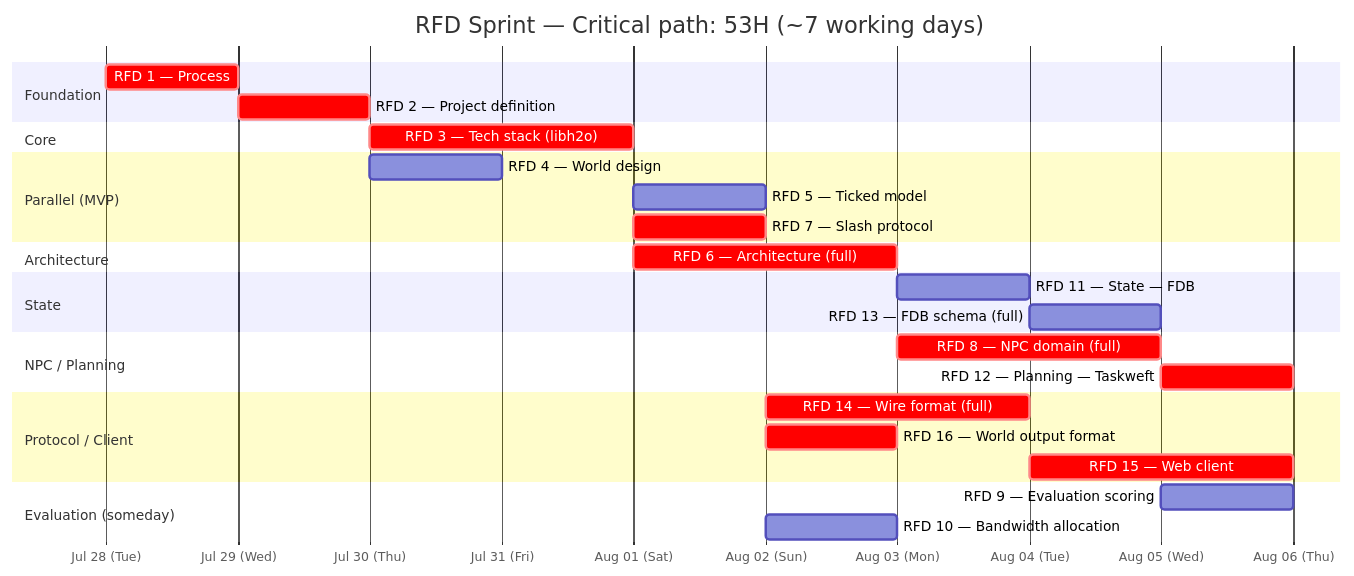
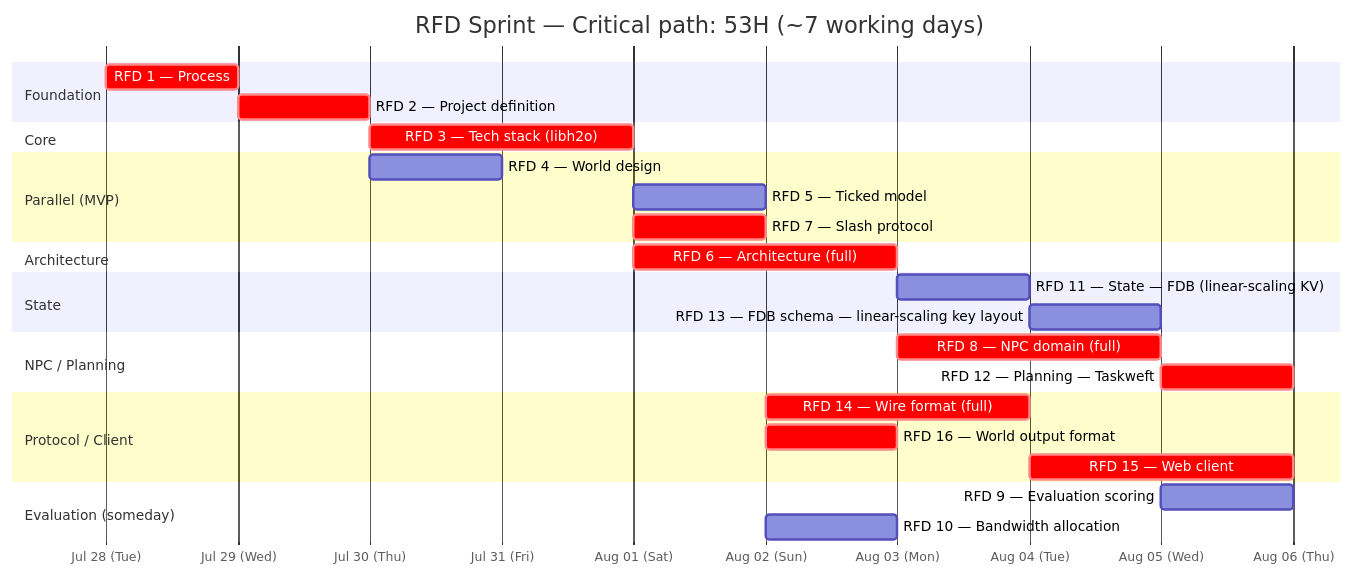
The second of 2 diagrams in PERT_PLAN.md (taskweft/crucible-rfd), drawn with Mermaid before and after one commit. The commit also changed other lines of this file, not shown here.

Commit message:
Frame FDB features around linear-scaling property (RFD 11, 13)

````diff
--- a/PERT_PLAN.md
+++ b/PERT_PLAN.md
@@ -46,38 +46,38 @@
 ```mermaid
 gantt
     title RFD Sprint — Critical path: 53H (~7 working days)
     dateFormat  YYYY-MM-DD
     axisFormat  %b %d (%a)
 
     section Foundation
     RFD 1 — Process               :crit, r1, 2026-07-28, 1d
     RFD 2 — Project definition    :crit, r2, after r1, 1d
 
     section Core
     RFD 3 — Tech stack (libh2o)   :crit, r3, after r2, 2d
 
     section Parallel (MVP)
     RFD 4 — World design          :r4, after r2, 1d
     RFD 5 — Ticked model          :r5, after r3, 0.5d
     RFD 7 — Slash protocol        :crit, r7, after r3, 0.75d
 
     section Architecture
     RFD 6 — Architecture (full)   :crit, r6, after r3, 1.5d
 
     section State
-    RFD 11 — State — FDB          :r11, after r6, 1d
-    RFD 13 — FDB schema (full)    :r13, after r11, 1d
+    RFD 11 — State — FDB (linear-scaling KV)  :r11, after r6, 1d
+    RFD 13 — FDB schema — linear-scaling key layout    :r13, after r11, 1d
 
     section NPC / Planning
     RFD 8 — NPC domain (full)     :crit, r8, after r6, 1.5d
     RFD 12 — Planning — Taskweft  :crit, r12, after r8, 1d
 
     section Protocol / Client
     RFD 14 — Wire format (full)   :crit, r14, after r7, 1.5d
     RFD 16 — World output format  :crit, r16, after r7, 0.5d
     RFD 15 — Web client           :crit, r15, after r14, 2d
 
     section Evaluation (someday)
     RFD 9 — Evaluation scoring    :r9, after r8, 1d
     RFD 10 — Bandwidth allocation  :r10, after r5, 1d
 ```
````
